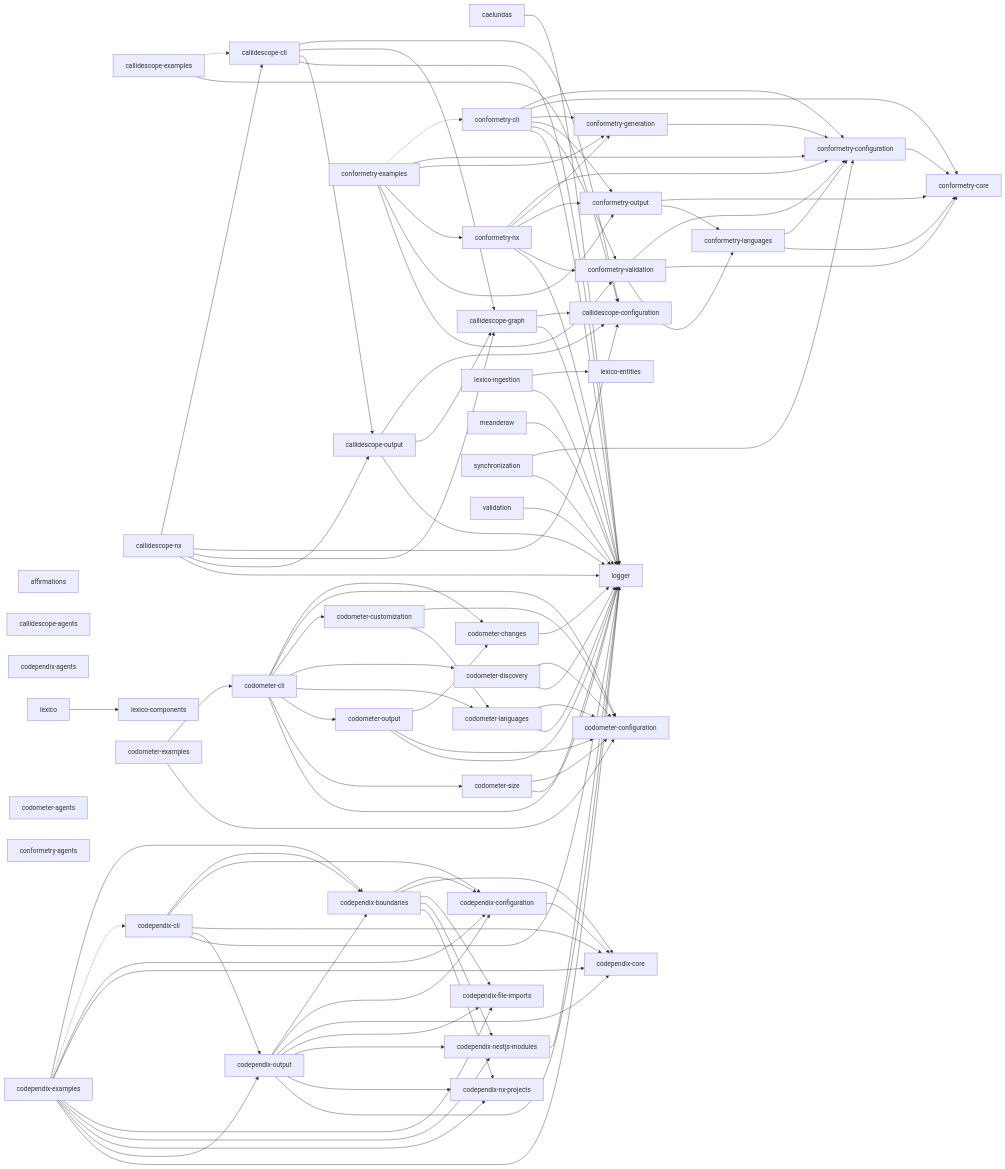
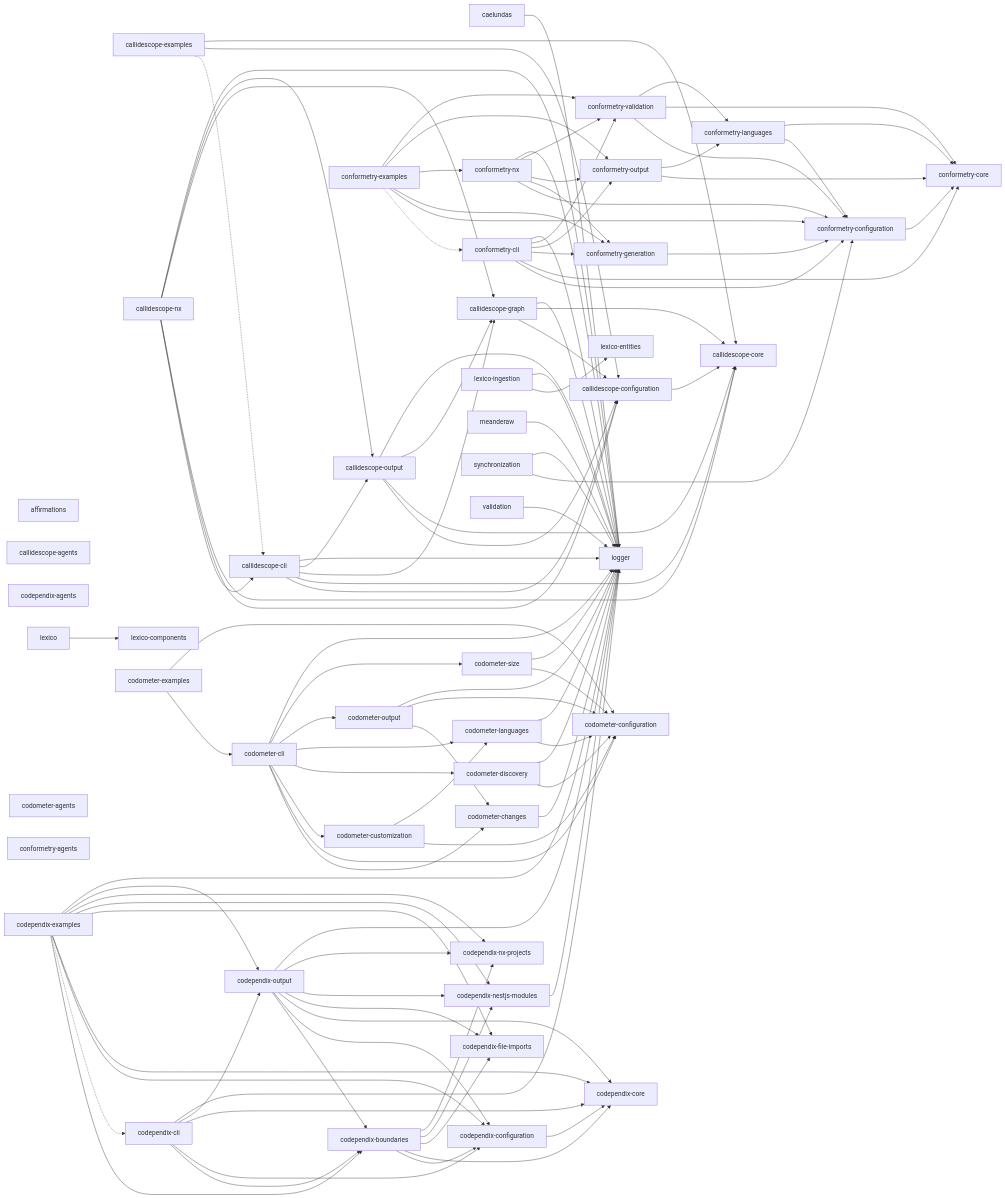
One commit to JimmyPaolini/codebase changed the diagram in README.md. Above: the diagram before and after it, drawn with Mermaid. The commit also changed other lines of this file and 165 other files, not shown here.

First line of the commit message:
refactor(callidescope,configuration,dependencies): ♻️ put callidescope on the five-layer spine (#917)

```diff
--- a/README.md
+++ b/README.md
@@ -192,6 +193,7 @@
   callidescope_agents["callidescope-agents"]
   callidescope_cli["callidescope-cli"]
   callidescope_configuration["callidescope-configuration"]
+  callidescope_core["callidescope-core"]
   callidescope_examples["callidescope-examples"]
   callidescope_graph["callidescope-graph"]
   callidescope_nx["callidescope-nx"]
@@ -236,19 +238,25 @@
   validation["validation"]
   caelundas --> logger
   callidescope_cli --> callidescope_configuration
+  callidescope_cli --> callidescope_core
   callidescope_cli --> callidescope_graph
   callidescope_cli --> callidescope_output
   callidescope_cli --> logger
+  callidescope_configuration --> callidescope_core
   callidescope_examples -.-> callidescope_cli
   callidescope_examples --> callidescope_configuration
+  callidescope_examples --> callidescope_core
   callidescope_graph --> callidescope_configuration
+  callidescope_graph --> callidescope_core
   callidescope_graph --> logger
   callidescope_nx --> callidescope_cli
   callidescope_nx --> callidescope_configuration
+  callidescope_nx --> callidescope_core
   callidescope_nx --> callidescope_graph
   callidescope_nx --> callidescope_output
   callidescope_nx --> logger
   callidescope_output --> callidescope_configuration
+  callidescope_output --> callidescope_core
   callidescope_output --> callidescope_graph
   callidescope_output --> logger
   codependix_boundaries --> codependix_configuration
```
